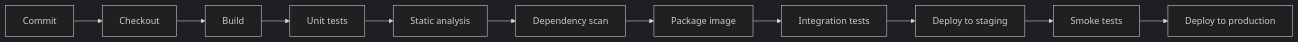
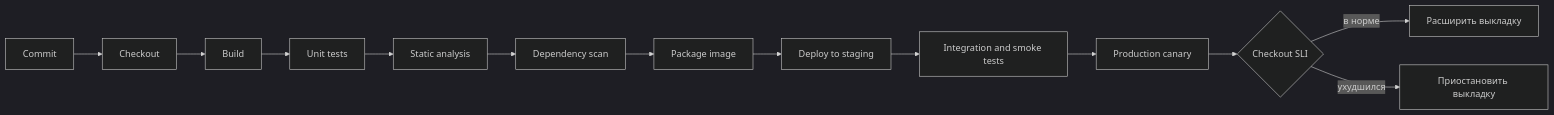
Before and after one commit to Kert0n/KPO: the fourth of 13 diagrams in content/lectures/Lec14/vitepress.md, drawn with Mermaid (dark theme). The commit also changed other lines of this file, not shown here.

````diff
--- a/content/lectures/Lec14/vitepress.md
+++ b/content/lectures/Lec14/vitepress.md
@@ -174,13 +136,15 @@
 ```mermaid
 flowchart LR
     Commit["Commit"] --> Checkout["Checkout"]
     Checkout --> Build["Build"]
     Build --> Unit["Unit tests"]
     Unit --> Static["Static analysis"]
     Static --> Dependencies["Dependency scan"]
     Dependencies --> Package["Package image"]
-    Package --> Integration["Integration tests"]
-    Integration --> Staging["Deploy to staging"]
-    Staging --> Smoke["Smoke tests"]
-    Smoke --> Production["Deploy to production"]
+    Package --> Staging["Deploy to staging"]
+    Staging --> Integration["Integration and smoke tests"]
+    Integration --> Canary["Production canary"]
+    Canary --> Decision{"Checkout SLI"}
+    Decision -->|"в норме"| Production["Расширить выкладку"]
+    Decision -->|"ухудшился"| Stop["Приостановить выкладку"]
 ```
````
